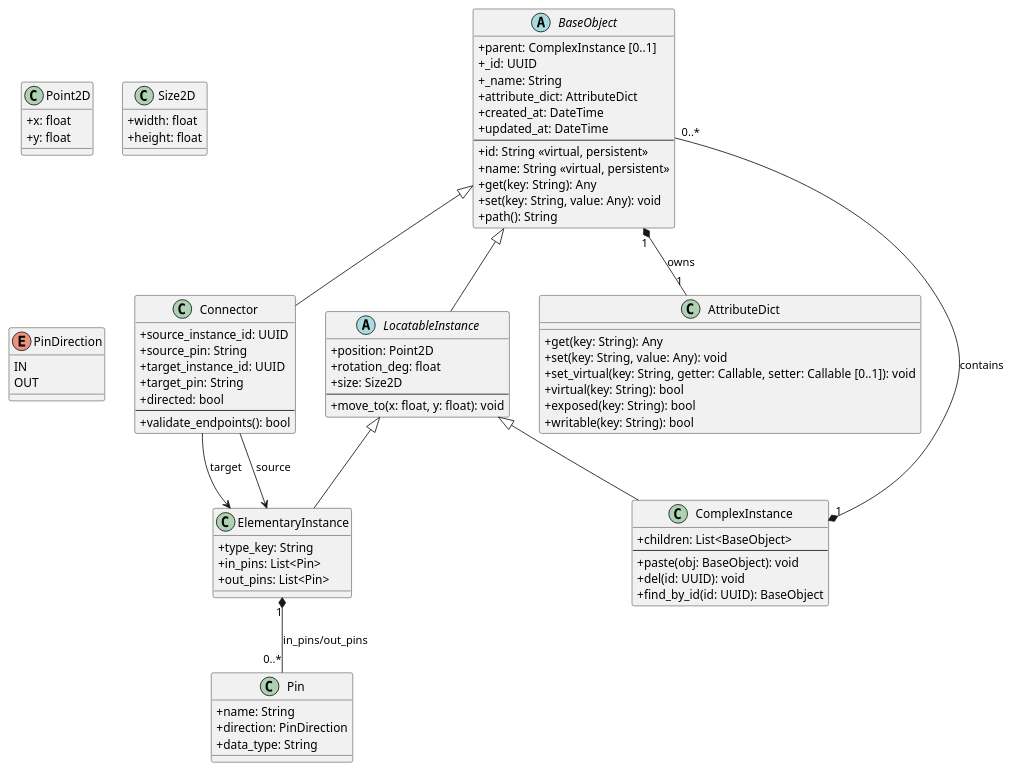
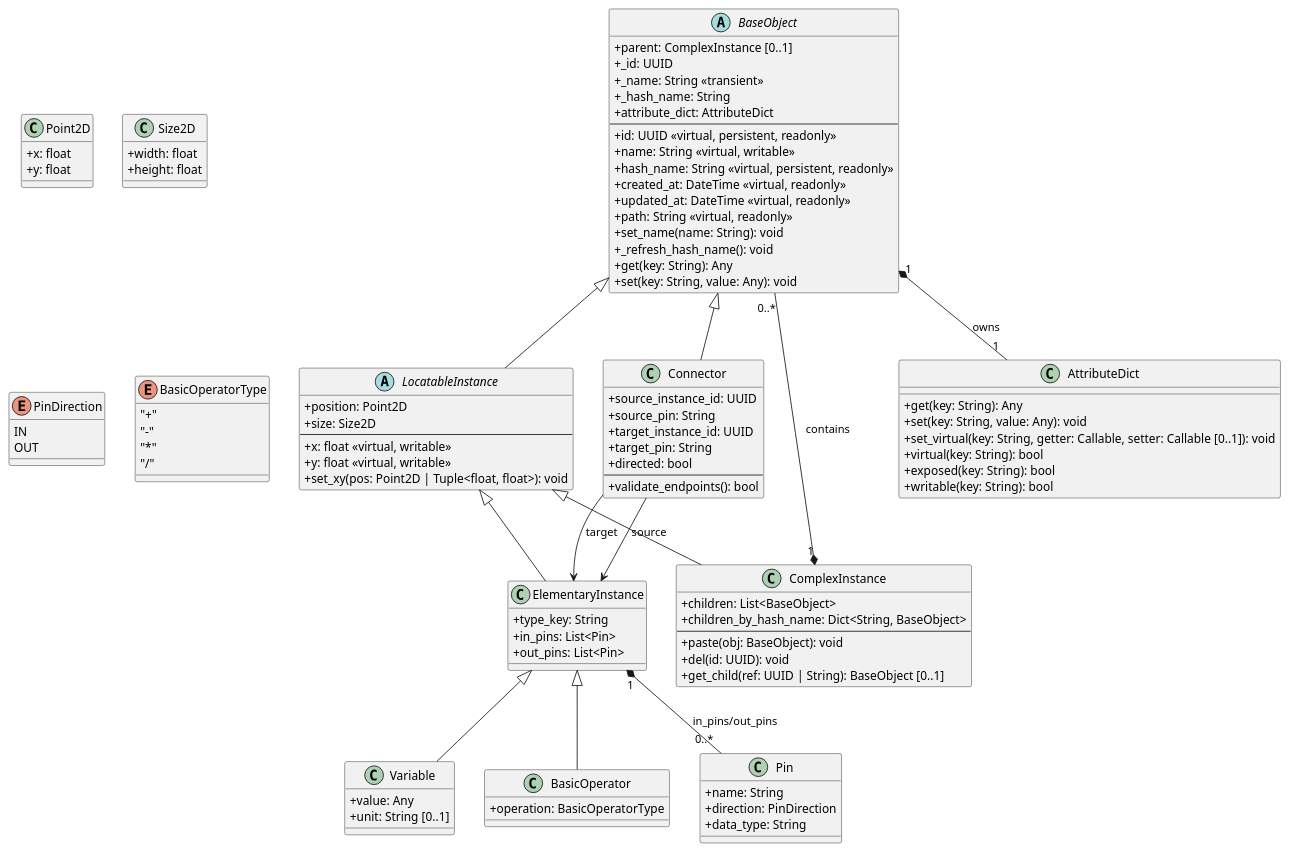
One commit to synarius-project/synarius-core changed the diagram in docs/concepts/data_model_uml.puml. Above: the diagram before and after it, drawn with PlantUML. The commit also changed 6 other files, not shown here.

```diff
--- a/docs/concepts/data_model_uml.puml
+++ b/docs/concepts/data_model_uml.puml
@@ -1,92 +1,116 @@
 @startuml
 skinparam classAttributeIconSize 0
 
 abstract class BaseObject {
   +parent: ComplexInstance [0..1]
   +_id: UUID
-  +_name: String
+  +_name: String <<transient>>
+  +_hash_name: String
   +attribute_dict: AttributeDict
-  +created_at: DateTime
-  +updated_at: DateTime
   --
-  +id: String <<virtual, persistent>>
-  +name: String <<virtual, persistent>>
+  +id: UUID <<virtual, persistent, readonly>>
+  +name: String <<virtual, writable>>
+  +hash_name: String <<virtual, persistent, readonly>>
+  +created_at: DateTime <<virtual, readonly>>
+  +updated_at: DateTime <<virtual, readonly>>
+  +path: String <<virtual, readonly>>
+  +set_name(name: String): void
+  +_refresh_hash_name(): void
   +get(key: String): Any
   +set(key: String, value: Any): void
-  +path(): String
 }
 
 abstract class LocatableInstance {
   +position: Point2D
-  +rotation_deg: float
   +size: Size2D
   --
-  +move_to(x: float, y: float): void
+  +x: float <<virtual, writable>>
+  +y: float <<virtual, writable>>
+  +set_xy(pos: Point2D | Tuple<float, float>): void
 }
 
 class ElementaryInstance {
   +type_key: String
   +in_pins: List<Pin>
   +out_pins: List<Pin>
 }
 
+class Variable {
+  +value: Any
+  +unit: String [0..1]
+}
+
+class BasicOperator {
+  +operation: BasicOperatorType
+}
+
 class ComplexInstance {
   +children: List<BaseObject>
+  +children_by_hash_name: Dict<String, BaseObject>
   --
   +paste(obj: BaseObject): void
   +del(id: UUID): void
-  +find_by_id(id: UUID): BaseObject
+  +get_child(ref: UUID | String): BaseObject [0..1]
 }
 
 class Connector {
   +source_instance_id: UUID
   +source_pin: String
   +target_instance_id: UUID
   +target_pin: String
   +directed: bool
   --
   +validate_endpoints(): bool
 }
 
 class Pin {
   +name: String
   +direction: PinDirection
   +data_type: String
 }
 
 class Point2D {
   +x: float
   +y: float
 }
 
 class Size2D {
   +width: float
   +height: float
 }
 
 enum PinDirection {
   IN
   OUT
 }
 
+enum BasicOperatorType {
+  "+"
+  "-"
+  "*"
+  "/"
+}
+
 class AttributeDict {
   +get(key: String): Any
   +set(key: String, value: Any): void
   +set_virtual(key: String, getter: Callable, setter: Callable [0..1]): void
   +virtual(key: String): bool
   +exposed(key: String): bool
   +writable(key: String): bool
 }
 
 BaseObject <|-- LocatableInstance
 LocatableInstance <|-- ElementaryInstance
 LocatableInstance <|-- ComplexInstance
+ElementaryInstance <|-- Variable
+ElementaryInstance <|-- BasicOperator
 BaseObject <|-- Connector
 
 ComplexInstance "1" *-- "0..*" BaseObject : contains
 ElementaryInstance "1" *-- "0..*" Pin : in_pins/out_pins
 BaseObject "1" *-- "1" AttributeDict : owns
 
 Connector --> ElementaryInstance : source
 Connector --> ElementaryInstance : target
 @enduml
```
